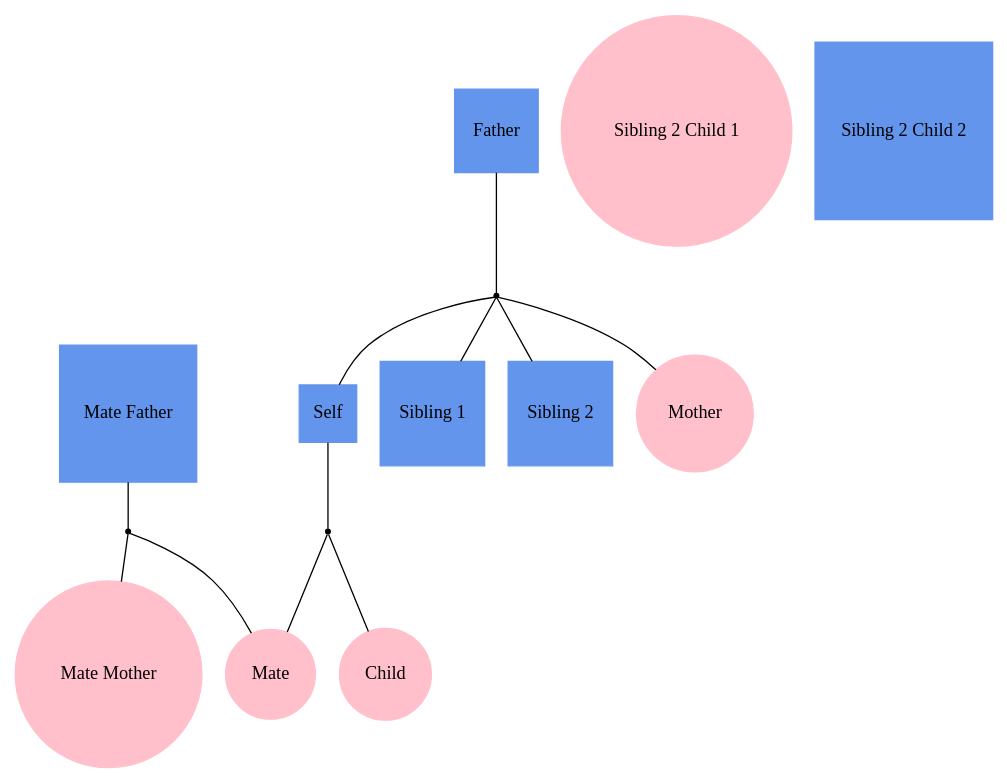
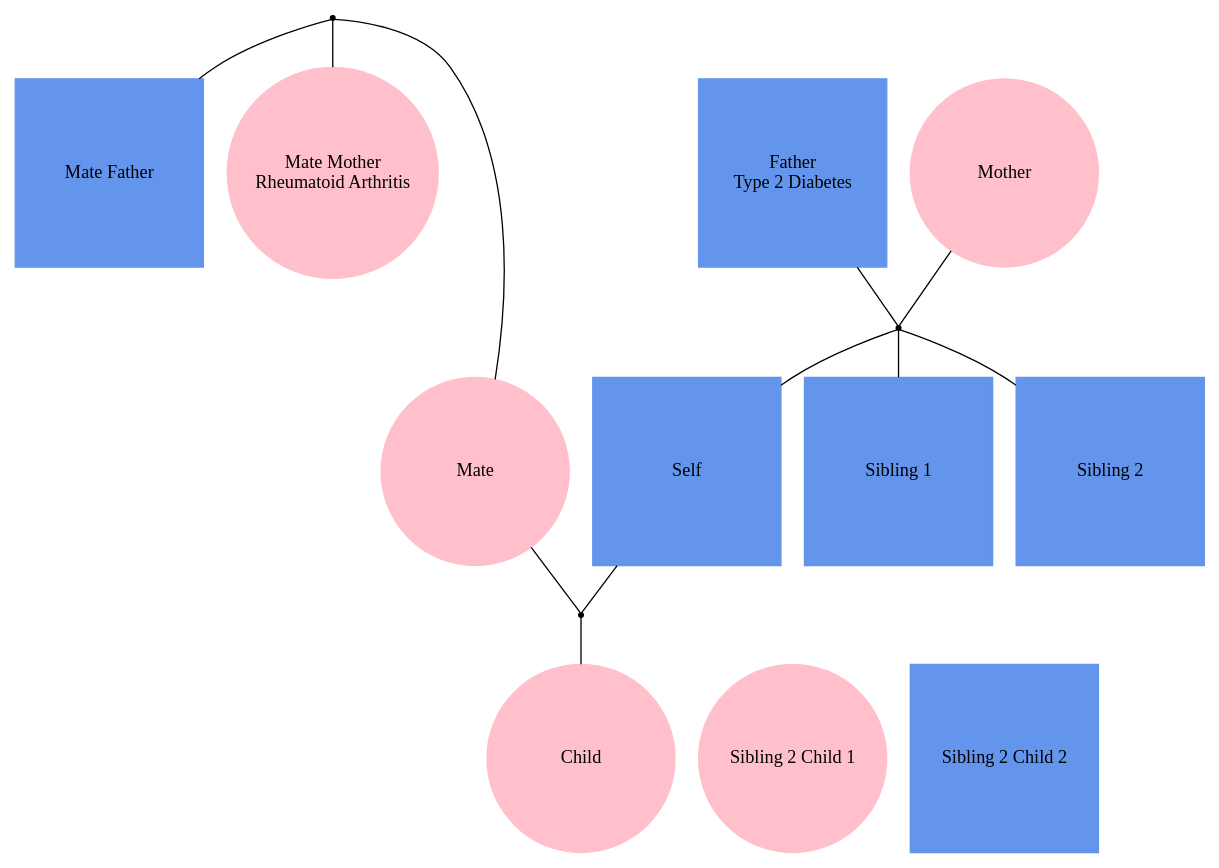
One commit to phewing/teamM_L changed the diagram in encoder/out12.gv. Above: the diagram before and after it, drawn with Graphviz. The commit also changed 22 other files, not shown here.

```diff
--- a/encoder/out12.gv
+++ b/encoder/out12.gv
@@ -1,28 +1,34 @@
 
 graph f12 {
-"Self" [shape=box, style=filled, regular=1, color="cornflowerblue"];
-"Mate" [shape=oval, style=filled, regular=1, color="pink"];
-"Child" [shape=oval, style=filled, regular=1, color="pink"];
-"Mate Mother" [shape=oval, style=filled, regular=1, color="pink"];
-"Mate Father" [shape=box, style=filled, regular=1, color="cornflowerblue"];
-"Sibling 1" [shape=box, style=filled, regular=1, color="cornflowerblue"];
-"Sibling 2" [shape=box, style=filled, regular=1, color="cornflowerblue"];
-"Sibling 2 Child 1" [shape=oval, style=filled, regular=1, color="pink"];
-"Sibling 2 Child 2" [shape=box, style=filled, regular=1, color="cornflowerblue"];
-"Father" [shape=box, style=filled, regular=1, color="cornflowerblue"];
-"Mother" [shape=oval, style=filled, regular=1, color="pink"];
+ordering=out;
+
+"Self" [fontname="helvetica:bold", width=2, shape=box, style=filled, regular=1, color="cornflowerblue"];
+"Mate" [fontname="helvetica:bold", width=2, shape=oval, style=filled, regular=1, color="pink"];
+"Child" [fontname="helvetica:bold", width=2, shape=oval, style=filled, regular=1, color="pink"];
+"Mate Mother\nRheumatoid Arthritis" [fontname="helvetica:bold", width=2, shape=oval, style=filled, regular=1, color="pink"];
+"Mate Father" [fontname="helvetica:bold", width=2, shape=box, style=filled, regular=1, color="cornflowerblue"];
+"Sibling 1" [fontname="helvetica:bold", width=2, shape=box, style=filled, regular=1, color="cornflowerblue"];
+"Sibling 2" [fontname="helvetica:bold", width=2, shape=box, style=filled, regular=1, color="cornflowerblue"];
+"Sibling 2 Child 1" [fontname="helvetica:bold", width=2, shape=oval, style=filled, regular=1, color="pink"];
+"Sibling 2 Child 2" [fontname="helvetica:bold", width=2, shape=box, style=filled, regular=1, color="cornflowerblue"];
+"Father\nType 2 Diabetes" [fontname="helvetica:bold", width=2, shape=box, style=filled, regular=1, color="cornflowerblue"];
+"Mother" [fontname="helvetica:bold", width=2, shape=oval, style=filled, regular=1, color="pink"];
 
 "self+mate" [shape=point];
 "matefather+matemother" [shape=point];
 "father+mother" [shape=point];
 
 "Self" -- "self+mate" -- "Mate";
-"Mate Father" -- "matefather+matemother" -- "Mate Mother";
-"Father" -- "father+mother" -- "Mother";
+"Mate Father" -- "matefather+matemother" -- "Mate Mother\nRheumatoid Arthritis";
+"Father\nType 2 Diabetes" -- "father+mother" -- "Mother";
 
 "father+mother" -- "Self";
 "matefather+matemother" -- "Mate";
 "self+mate" -- "Child";
 "father+mother" -- "Sibling 1";
 "father+mother" -- "Sibling 2";
+
+{rank=same; "Mate Mother\nRheumatoid Arthritis" "Mate Father" "Father\nType 2 Diabetes" "Mother"}
+{rank=same; "Self" "Mate" "Sibling 1" "Sibling 2"}
+{rank=same; "Child" "Sibling 2 Child 1" "Sibling 2 Child 2"}
 }
```
